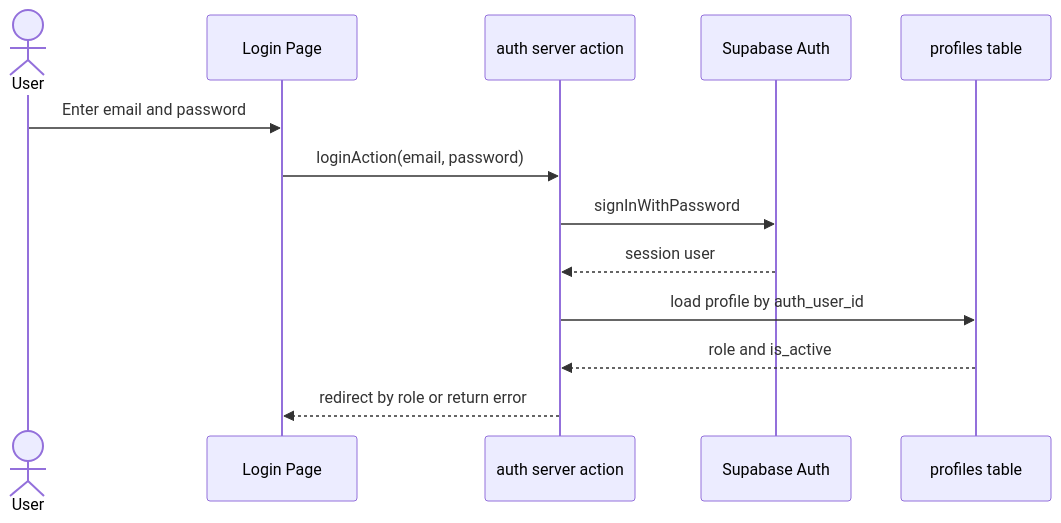
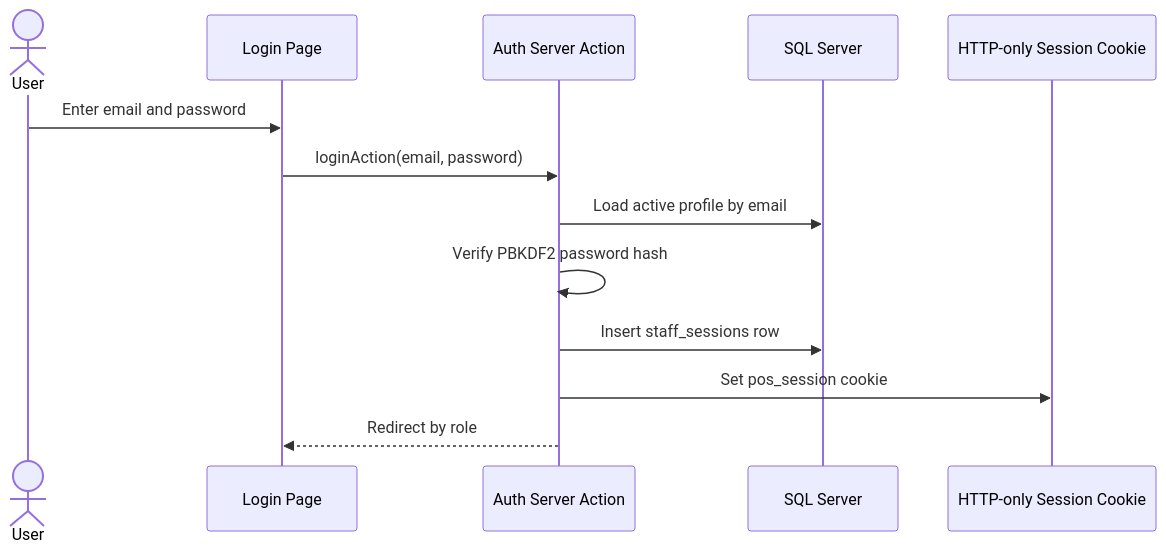
The third of 6 diagrams in docs/system_architecture.md (apiwatapply-svg/POS_coffee), drawn with Mermaid before and after one commit. The commit also changed other lines of this file and 29 other files, not shown here.

````diff
--- a/docs/system_architecture.md
+++ b/docs/system_architecture.md
@@ -170,16 +157,16 @@
 ```mermaid
 sequenceDiagram
   actor User
   participant UI as Login Page
-  participant Action as auth server action
-  participant Auth as Supabase Auth
-  participant DB as profiles table
+  participant Action as Auth Server Action
+  participant DB as SQL Server
+  participant Cookie as HTTP-only Session Cookie
 
   User->>UI: Enter email and password
   UI->>Action: loginAction(email, password)
-  Action->>Auth: signInWithPassword
-  Auth-->>Action: session user
-  Action->>DB: load profile by auth_user_id
-  DB-->>Action: role and is_active
-  Action-->>UI: redirect by role or return error
+  Action->>DB: Load active profile by email
+  Action->>Action: Verify PBKDF2 password hash
+  Action->>DB: Insert staff_sessions row
+  Action->>Cookie: Set pos_session cookie
+  Action-->>UI: Redirect by role
 ```
````
